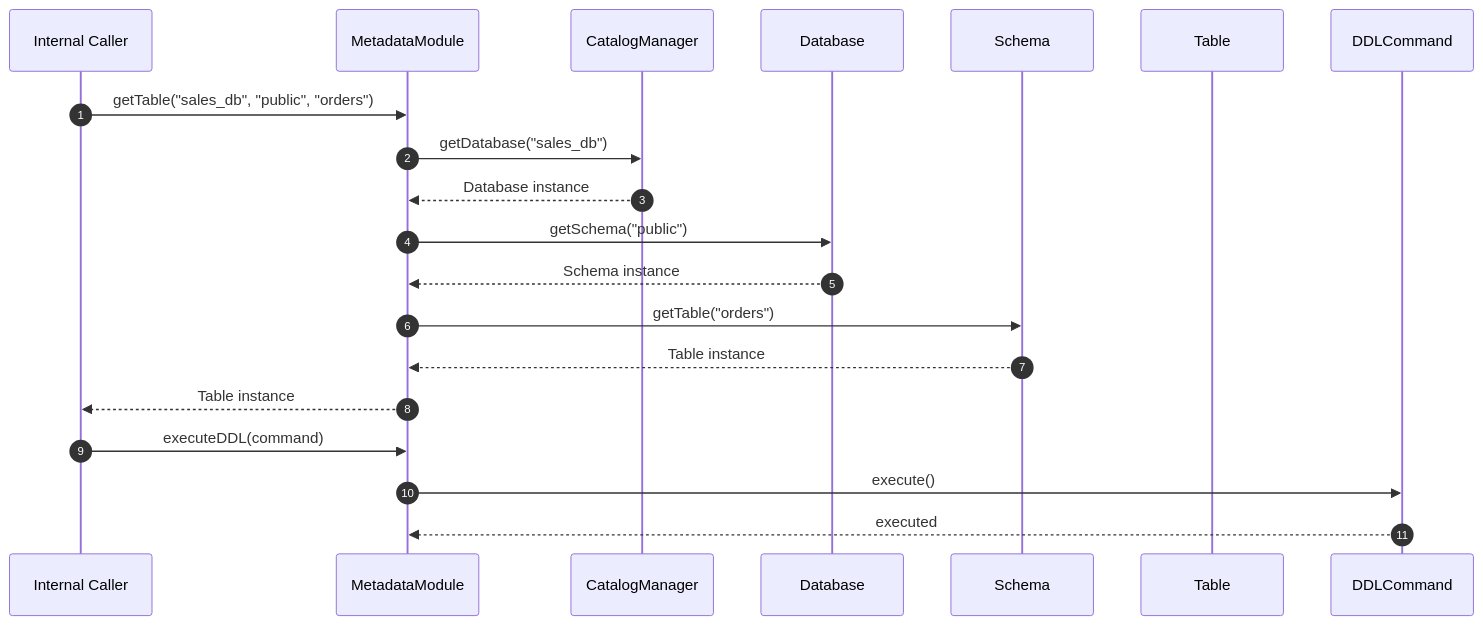
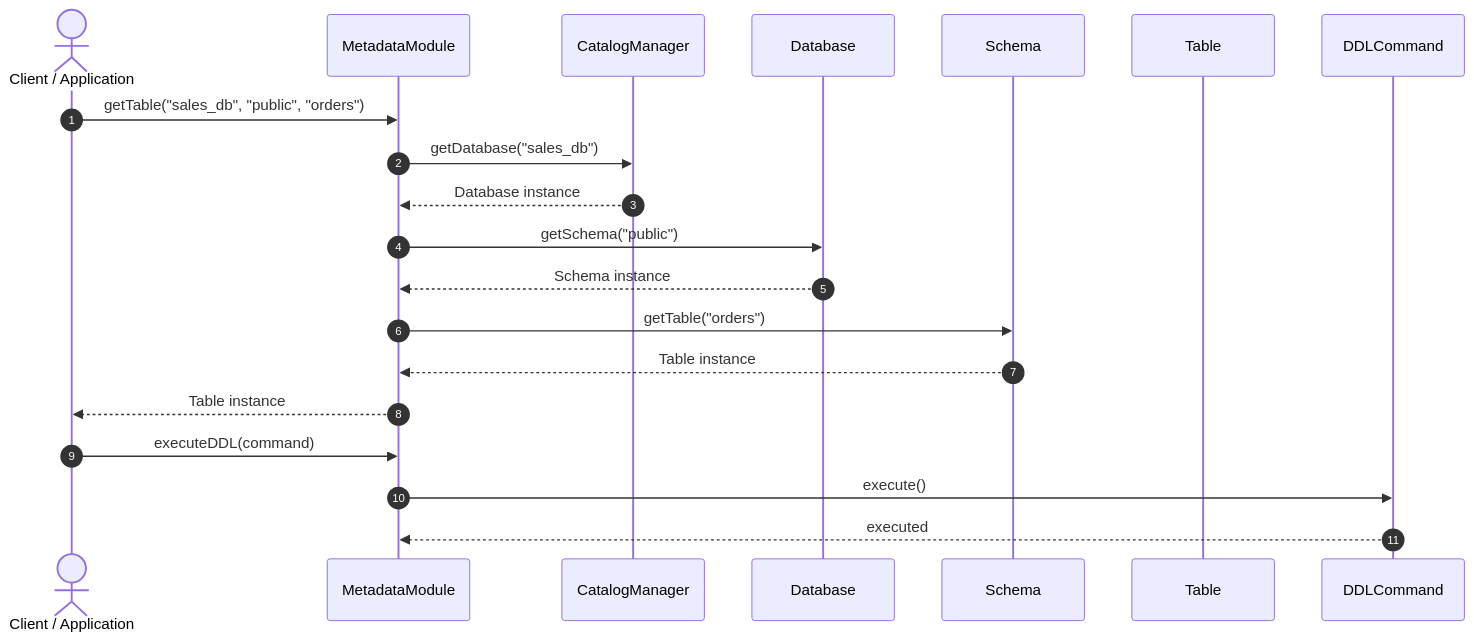
One commit to Dikhang1112/Database_Management_BBV changed the second of 14 diagrams in docs/design_patterns/metadata/Sequece.md. Above: the diagram before and after it, drawn with Mermaid. The commit also changed 1 other file, not shown here.

Commit message:
Update scenario test

````diff
--- a/docs/design_patterns/metadata/Sequece.md
+++ b/docs/design_patterns/metadata/Sequece.md
@@ -34,24 +34,24 @@
 ```mermaid
 sequenceDiagram
     autonumber
-    participant Caller as Internal Caller
+    actor Client as Client / Application
     participant Facade as MetadataModule
     participant CM as CatalogManager
     participant DB as Database
     participant Schema as Schema
     participant Table as Table
     participant Cmd as DDLCommand
 
-    Caller->>Facade: getTable("sales_db", "public", "orders")
+    Client->>Facade: getTable("sales_db", "public", "orders")
     Facade->>CM: getDatabase("sales_db")
     CM-->>Facade: Database instance
     Facade->>DB: getSchema("public")
     DB-->>Facade: Schema instance
     Facade->>Schema: getTable("orders")
     Schema-->>Facade: Table instance
-    Facade-->>Caller: Table instance
+    Facade-->>Client: Table instance
 
-    Caller->>Facade: executeDDL(command)
+    Client->>Facade: executeDDL(command)
     Facade->>Cmd: execute()
     Cmd-->>Facade: executed
 ```
````
